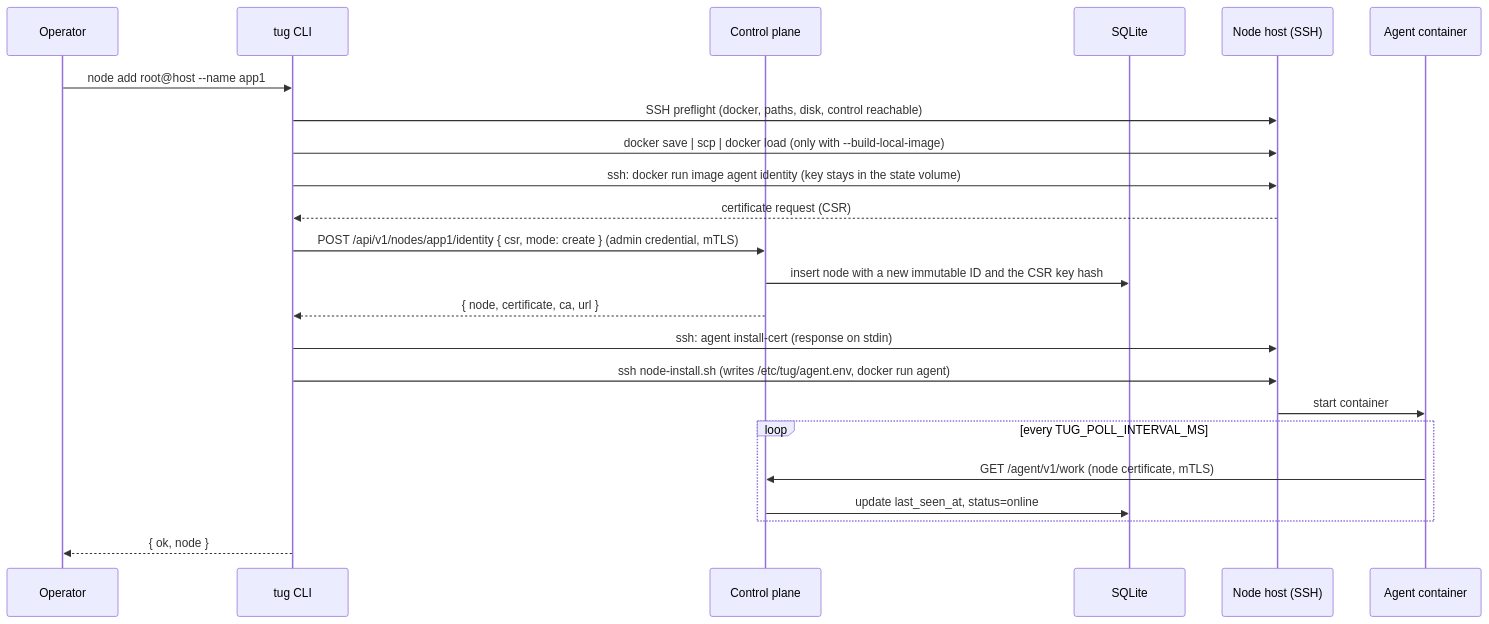
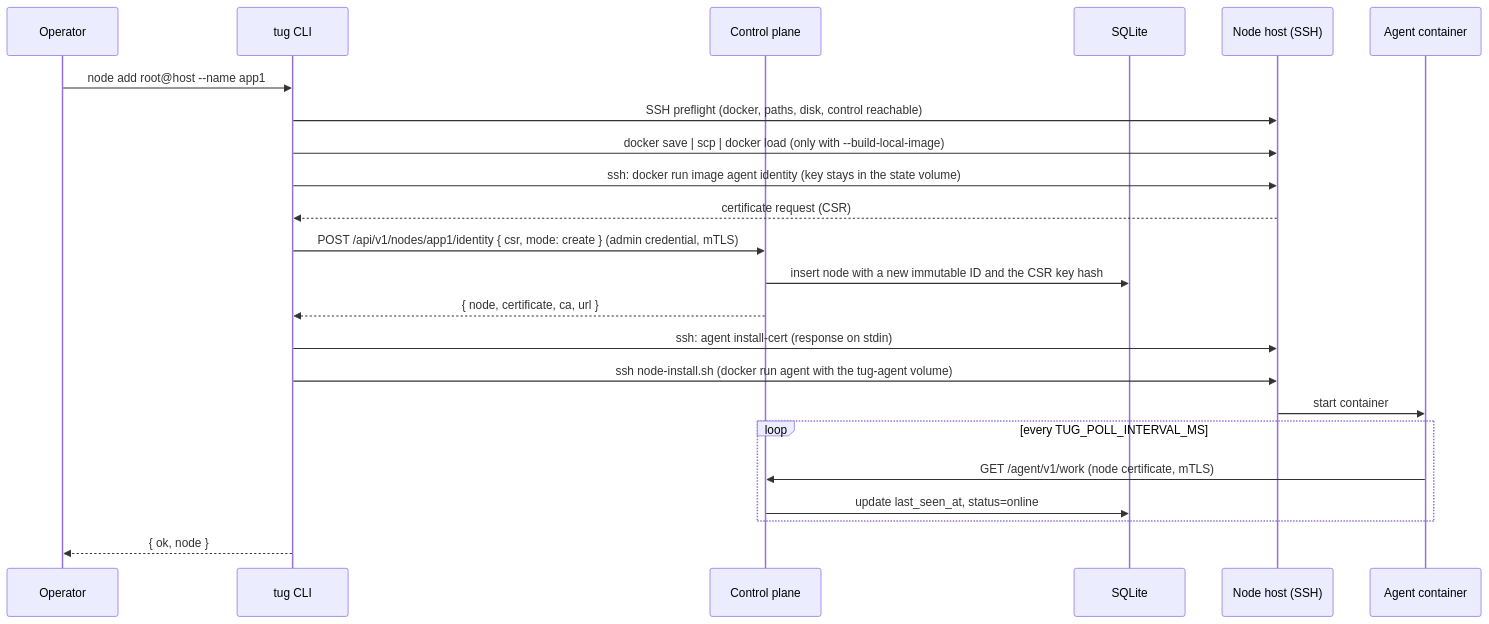
Before and after one commit to wpelevator/tug: the first of 5 diagrams in docs/architecture.md, drawn with Mermaid. The commit also changed other lines of this file and 28 other files, not shown here.

First line of the commit message:
Keep agent and control state in Docker volumes

````diff
--- a/docs/architecture.md
+++ b/docs/architecture.md
@@ -102,26 +102,26 @@
 ```mermaid
 sequenceDiagram
     participant Op as Operator
     participant CLI as tug CLI
     participant Ctrl as Control plane
     participant DB as SQLite
     participant Host as Node host (SSH)
     participant Agent as Agent container
 
     Op->>CLI: node add root@host --name app1
     CLI->>Host: SSH preflight (docker, paths, disk, control reachable)
     CLI->>Host: docker save | scp | docker load (only with --build-local-image)
     CLI->>Host: ssh: docker run image agent identity (key stays in the state volume)
     Host-->>CLI: certificate request (CSR)
     CLI->>Ctrl: POST /api/v1/nodes/app1/identity { csr, mode: create } (admin credential, mTLS)
     Ctrl->>DB: insert node with a new immutable ID and the CSR key hash
     Ctrl-->>CLI: { node, certificate, ca, url }
     CLI->>Host: ssh: agent install-cert (response on stdin)
-    CLI->>Host: ssh node-install.sh (writes /etc/tug/agent.env, docker run agent)
+    CLI->>Host: ssh node-install.sh (docker run agent with the tug-agent volume)
     Host->>Agent: start container
     loop every TUG_POLL_INTERVAL_MS
         Agent->>Ctrl: GET /agent/v1/work (node certificate, mTLS)
         Ctrl->>DB: update last_seen_at, status=online
     end
     CLI-->>Op: { ok, node }
 ```
````
